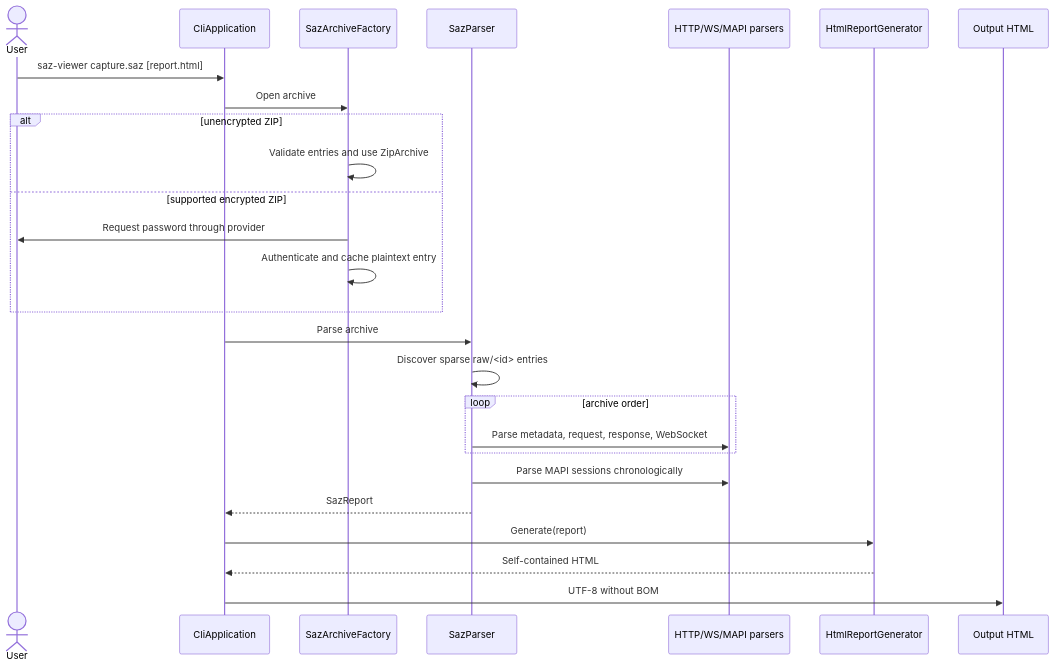
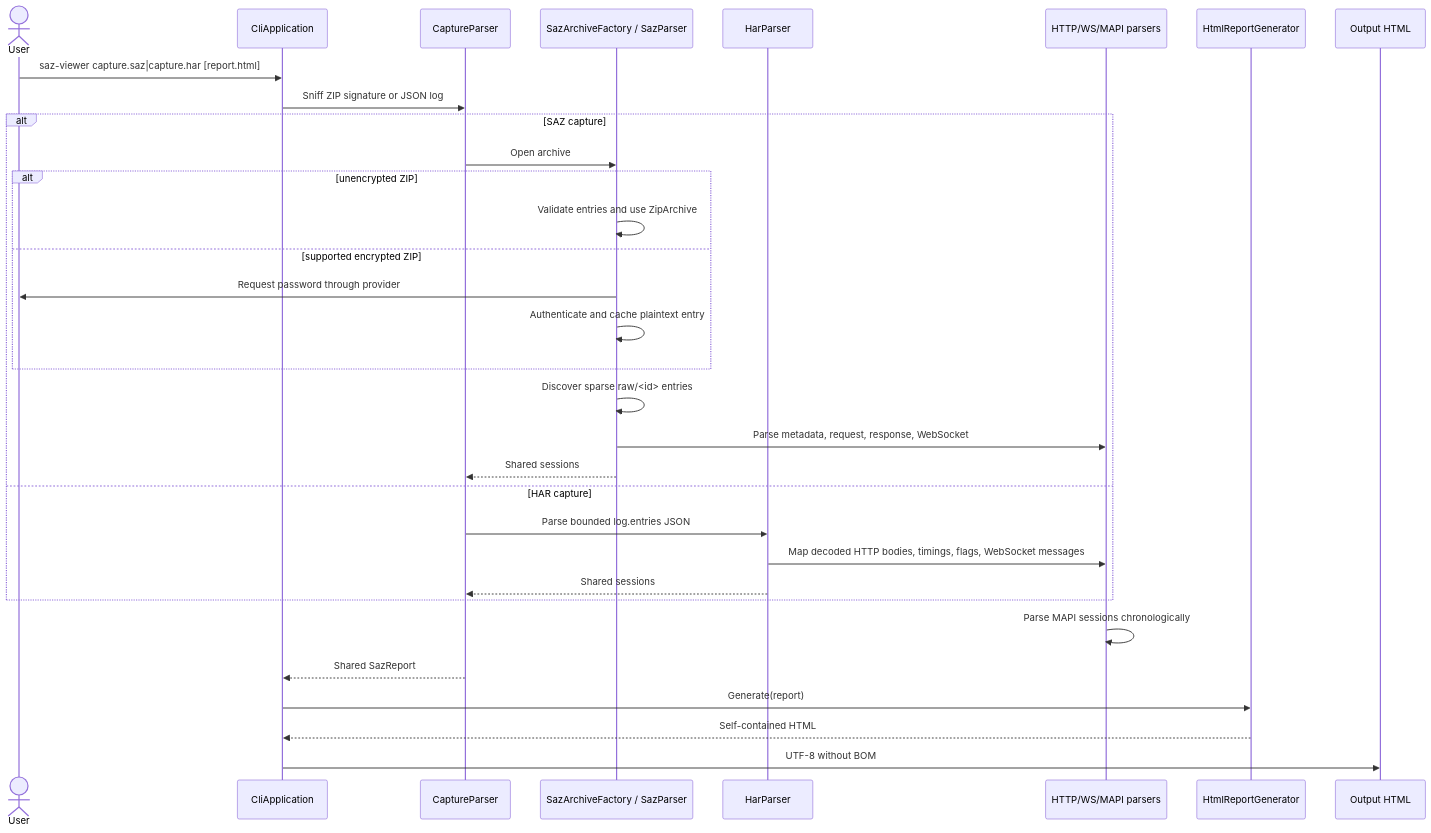
The first of 5 diagrams in docs/architecture/data-flow.md (macienMSFT/Saz-Viewer), drawn with Mermaid before and after one commit. The commit also changed other lines of this file and 5 other files, not shown here.

````diff
--- a/docs/architecture/data-flow.md
+++ b/docs/architecture/data-flow.md
@@ -5,29 +5,35 @@
 ```mermaid
 sequenceDiagram
     actor User
     participant CLI as CliApplication
-    participant Archive as SazArchiveFactory
-    participant Parser as SazParser
+    participant Detect as CaptureParser
+    participant Archive as SazArchiveFactory / SazParser
+    participant Har as HarParser
     participant Body as HTTP/WS/MAPI parsers
     participant Generator as HtmlReportGenerator
     participant Disk as Output HTML
 
-    User->>CLI: saz-viewer capture.saz [report.html]
-    CLI->>Archive: Open archive
-    alt unencrypted ZIP
-        Archive->>Archive: Validate entries and use ZipArchive
-    else supported encrypted ZIP
-        Archive->>User: Request password through provider
-        Archive->>Archive: Authenticate and cache plaintext entry
+    User->>CLI: saz-viewer capture.saz|capture.har [report.html]
+    CLI->>Detect: Sniff ZIP signature or JSON log
+    alt SAZ capture
+        Detect->>Archive: Open archive
+        alt unencrypted ZIP
+            Archive->>Archive: Validate entries and use ZipArchive
+        else supported encrypted ZIP
+            Archive->>User: Request password through provider
+            Archive->>Archive: Authenticate and cache plaintext entry
+        end
+        Archive->>Archive: Discover sparse raw/<id> entries
+        Archive->>Body: Parse metadata, request, response, WebSocket
+        Archive-->>Detect: Shared sessions
+    else HAR capture
+        Detect->>Har: Parse bounded log.entries JSON
+        Har->>Body: Map decoded HTTP bodies, timings, flags, WebSocket messages
+        Har-->>Detect: Shared sessions
     end
-    CLI->>Parser: Parse archive
-    Parser->>Parser: Discover sparse raw/<id> entries
-    loop archive order
-        Parser->>Body: Parse metadata, request, response, WebSocket
-    end
-    Parser->>Body: Parse MAPI sessions chronologically
-    Parser-->>CLI: SazReport
+    Body->>Body: Parse MAPI sessions chronologically
+    Detect-->>CLI: Shared SazReport
     CLI->>Generator: Generate(report)
     Generator-->>CLI: Self-contained HTML
     CLI->>Disk: UTF-8 without BOM
 ```
````
